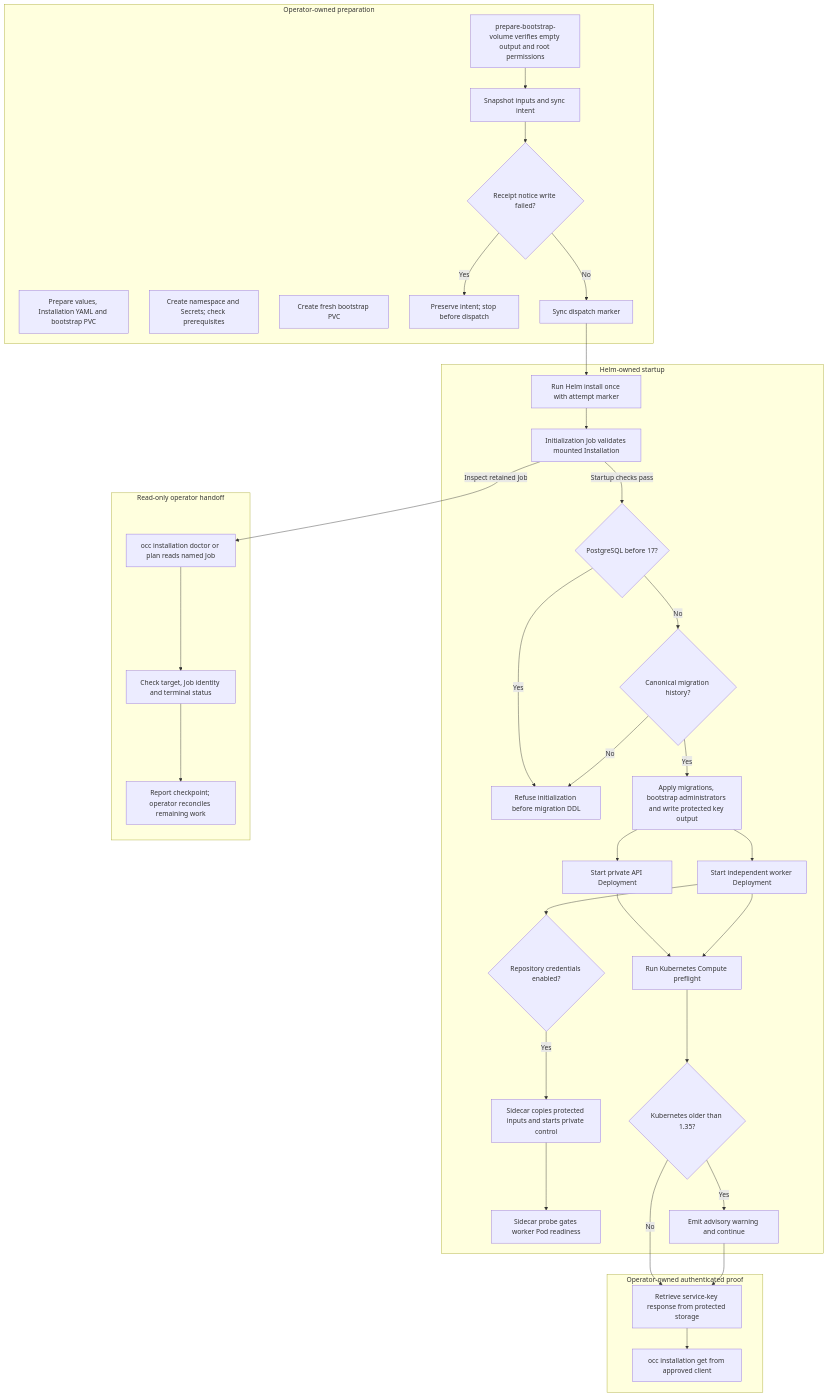
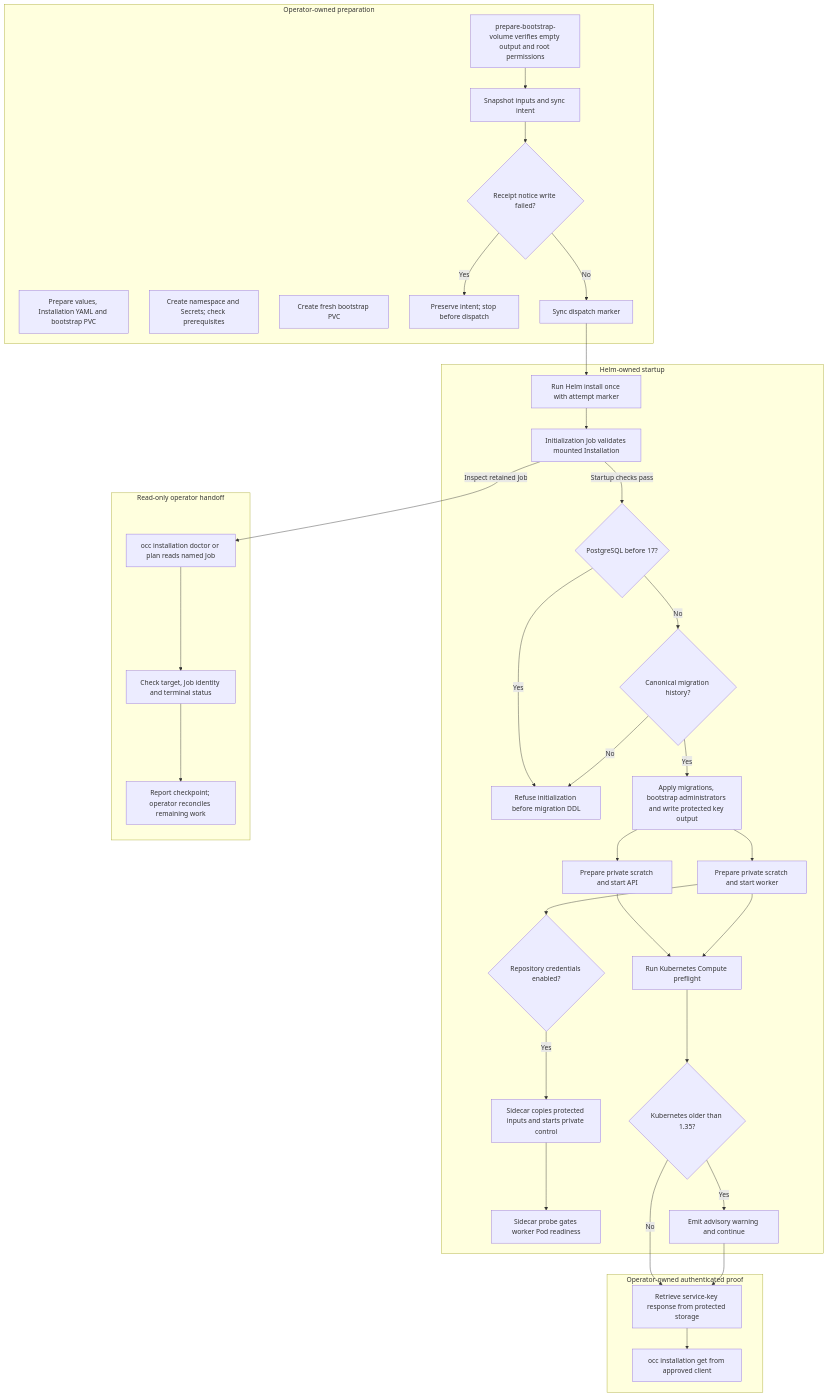
The diagram in docs/flows/production-startup.md (openclaw/openclaw-enterprise), drawn with Mermaid before and after one commit. The commit also changed other lines of this file and 11 other files, not shown here.

````diff
--- a/docs/flows/production-startup.md
+++ b/docs/flows/production-startup.md
@@ -32,41 +32,41 @@
 ```mermaid
 graph TD
     subgraph Operator["Operator-owned preparation"]
         A["Prepare values, Installation YAML and bootstrap PVC"]
         B["Create namespace and Secrets; check prerequisites"]
         C["Create fresh bootstrap PVC"]
         D["prepare-bootstrap-volume verifies empty output and root permissions"]
         D --> RC["Snapshot inputs and sync intent"]
         RC --> RN{"Receipt notice write failed?"}
         RN -->|Yes| RF["Preserve intent; stop before dispatch"]
         RN -->|No| RD["Sync dispatch marker"]
     end
     subgraph Helm["Helm-owned startup"]
         RD --> E["Run Helm install once with attempt marker"]
         E --> F["Initialization Job validates mounted Installation"]
         F -->|Startup checks pass| V{"PostgreSQL before 17?"}
         V -->|Yes| P["Refuse initialization before migration DDL"]
         V -->|No| O{"Canonical migration history?"}
         O -->|No| P
         O -->|Yes| G["Apply migrations, bootstrap administrators and write protected key output"]
-        G --> H["Start private API Deployment"]
-        G --> I["Start independent worker Deployment"]
+        G --> H["Prepare private scratch and start API"]
+        G --> I["Prepare private scratch and start worker"]
         I --> R{"Repository credentials enabled?"}
         R -->|Yes| S["Sidecar copies protected inputs and starts private control"]
         S --> Q["Sidecar probe gates worker Pod readiness"]
         H --> L["Run Kubernetes Compute preflight"]
         I --> L
         L --> M{"Kubernetes older than 1.35?"}
         M -->|Yes| N["Emit advisory warning and continue"]
     end
     subgraph Handoff["Read-only operator handoff"]
         F -->|Inspect retained Job| T["occ installation doctor or plan reads named Job"]
         T --> U["Check target, Job identity and terminal status"]
         U --> W["Report checkpoint; operator reconciles remaining work"]
     end
     subgraph Proof["Operator-owned authenticated proof"]
         M -->|No| J["Retrieve service-key response from protected storage"]
         N --> J
         J --> K["occ installation get from approved client"]
     end
 ```
````
